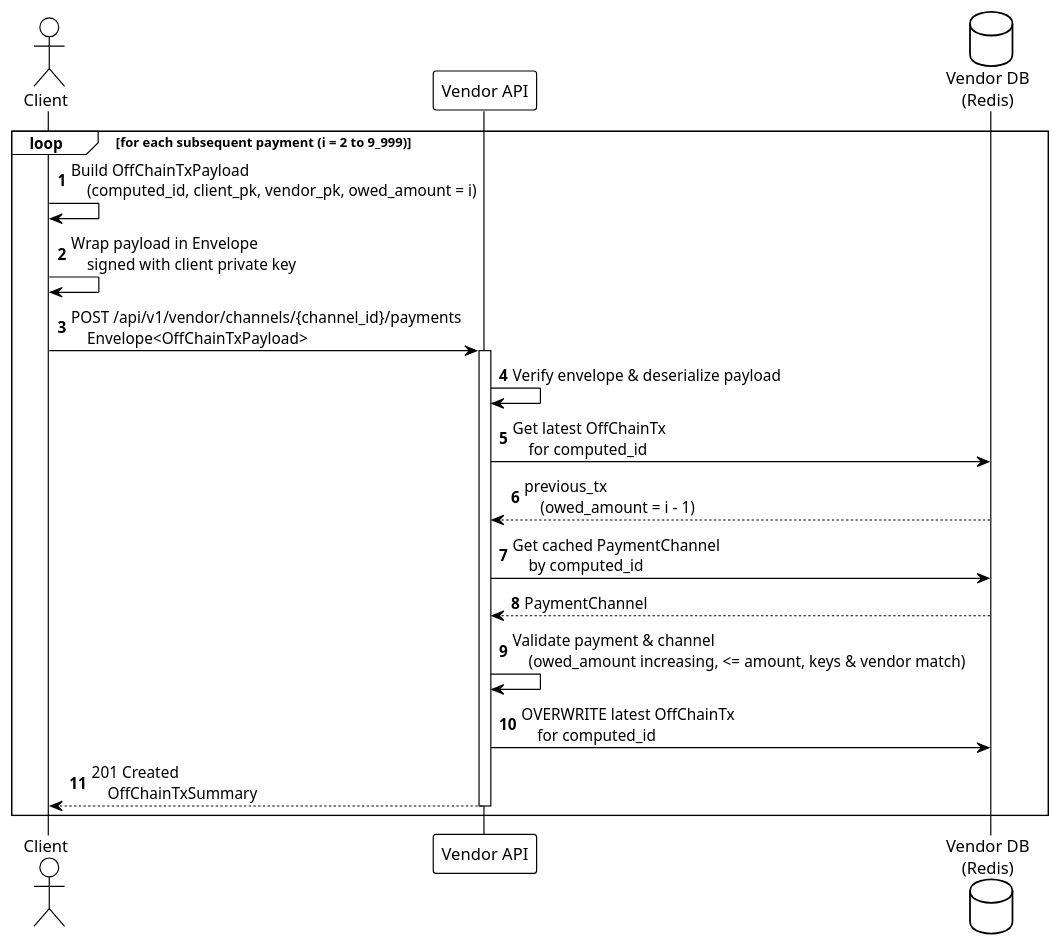
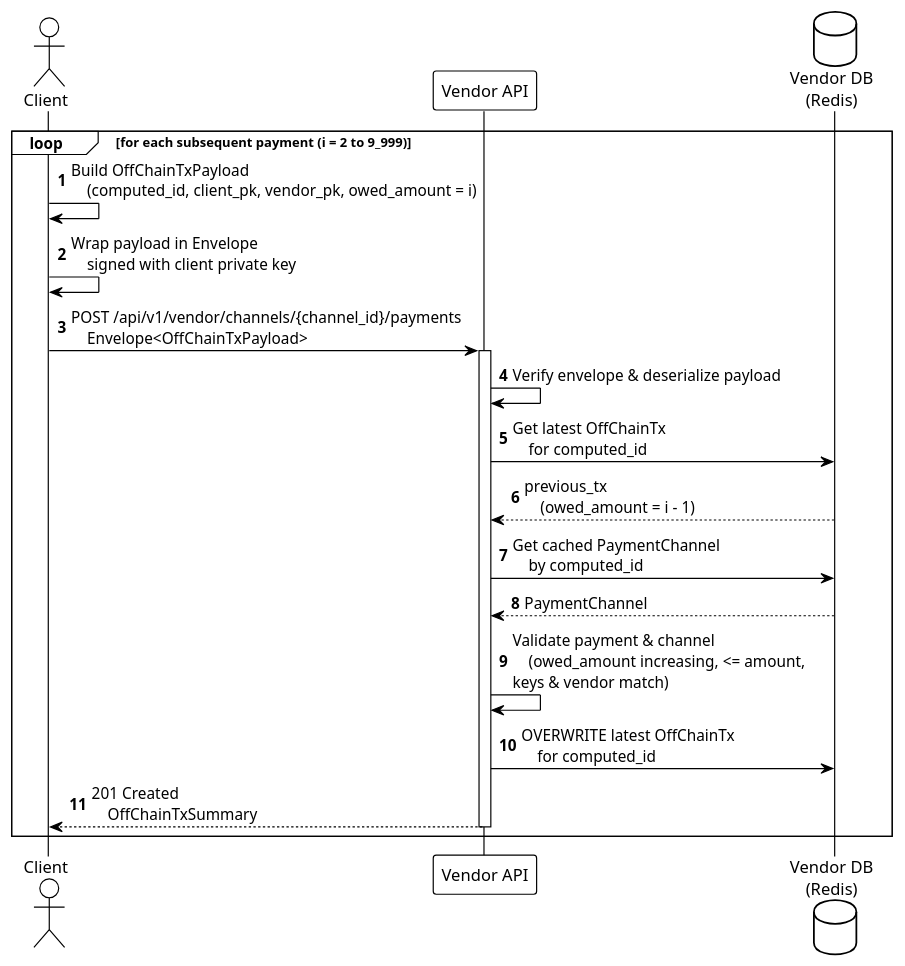
The diagram in umls/phase2b-subsequent-payments.puml (otaviootavio/nanomoni), drawn with PlantUML before and after one commit. The commit also changed 13 other files, not shown here.

First line of the commit message:
Refactor vendor API and payment handling for improved structure and type safety

```diff
--- a/umls/phase2b-subsequent-payments.puml
+++ b/umls/phase2b-subsequent-payments.puml
@@ -1,35 +1,35 @@
 @startuml Phase2b_Subsequent_Payments
 
 !theme plain
 autonumber
 
 actor "Client" as Client
 participant "Vendor API" as Vendor
 database "Vendor DB\n(Redis)" as VendorDB
 
 loop for each subsequent payment (i = 2 to 9_999)
 
     Client -> Client: Build OffChainTxPayload\n    (computed_id, client_pk, vendor_pk, owed_amount = i)
     Client -> Client: Wrap payload in Envelope\n    signed with client private key
 
     Client -> Vendor: POST /api/v1/vendor/channels/{channel_id}/payments\n    Envelope<OffChainTxPayload>
     activate Vendor
 
     Vendor -> Vendor: Verify envelope & deserialize payload
 
     Vendor -> VendorDB: Get latest OffChainTx\n    for computed_id
     VendorDB --> Vendor: previous_tx\n    (owed_amount = i - 1)
 
     Vendor -> VendorDB: Get cached PaymentChannel\n    by computed_id
     VendorDB --> Vendor: PaymentChannel
 
-    Vendor -> Vendor: Validate payment & channel\n    (owed_amount increasing, <= amount, keys & vendor match)
+    Vendor -> Vendor: Validate payment & channel\n    (owed_amount increasing, <= amount, \nkeys & vendor match)
 
     Vendor -> VendorDB: OVERWRITE latest OffChainTx\n    for computed_id
     
     Vendor --> Client: 201 Created\n    OffChainTxSummary
     deactivate Vendor
 
 end
 
 @enduml
```
